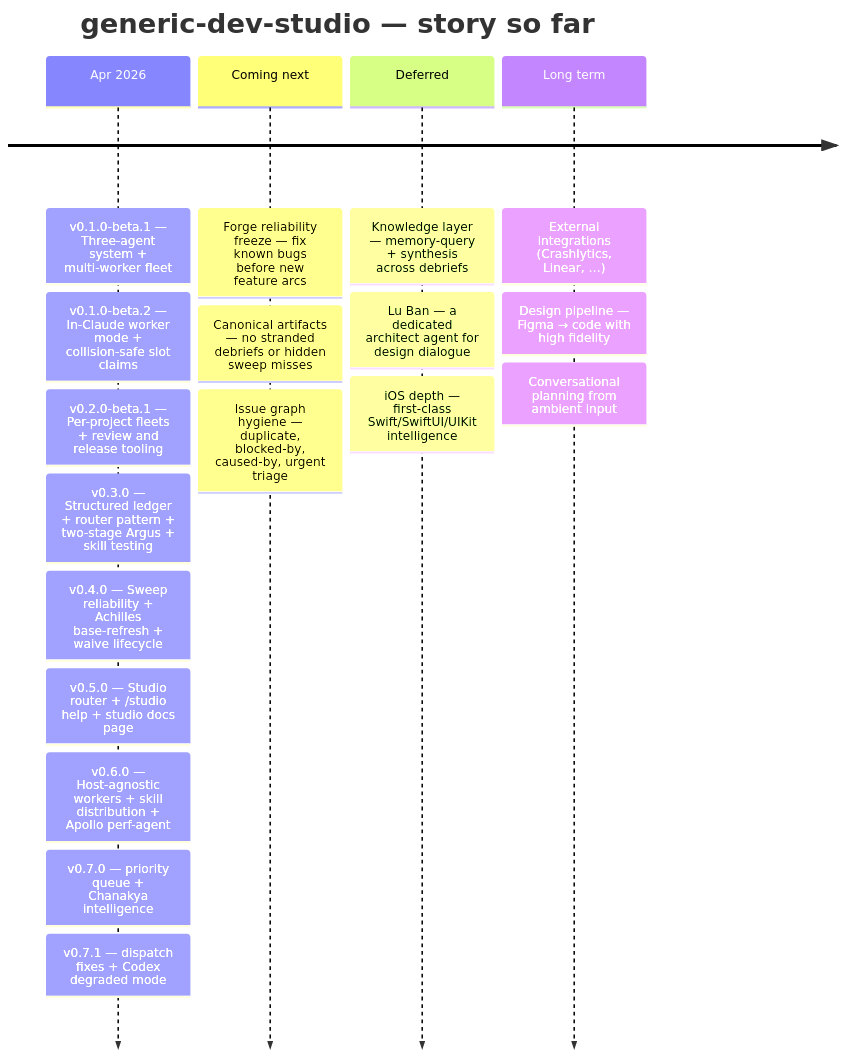
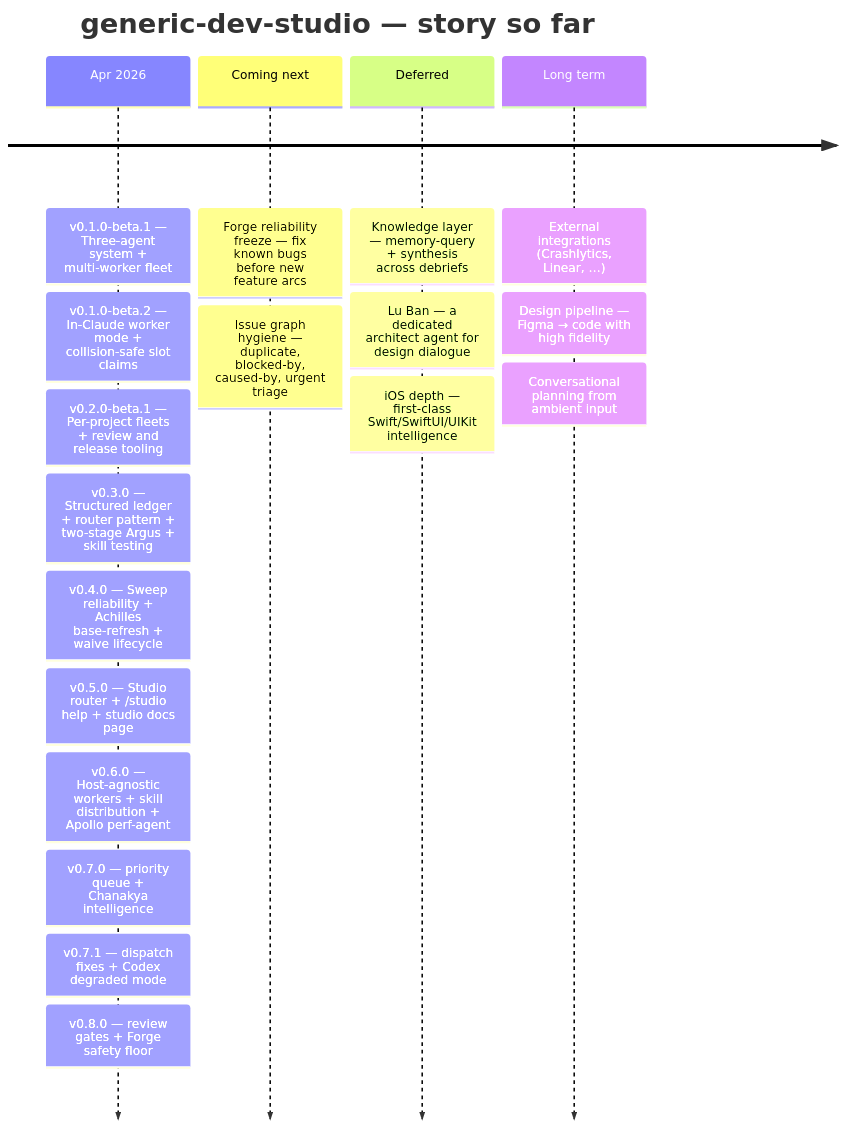
One commit to v-i-s-h-a-l/generic-dev-studio changed the diagram in README.md. Above: the diagram before and after it, drawn with Mermaid. The commit also changed other lines of this file and 2 other files, not shown here.

Commit message:
README: v0.8.0 timeline + Story so far update

````diff
--- a/README.md
+++ b/README.md
@@ -13,22 +13,22 @@
 ```mermaid
 timeline
     title generic-dev-studio — story so far
     Apr 2026 : v0.1.0-beta.1 — Three-agent system + multi-worker fleet
              : v0.1.0-beta.2 — In-Claude worker mode + collision-safe slot claims
              : v0.2.0-beta.1 — Per-project fleets + review and release tooling
              : v0.3.0 — Structured ledger + router pattern + two-stage Argus + skill testing
              : v0.4.0 — Sweep reliability + Achilles base-refresh + waive lifecycle
              : v0.5.0 — Studio router + /studio help + studio docs page
              : v0.6.0 — Host-agnostic workers + skill distribution + Apollo perf-agent
              : v0.7.0 — priority queue + Chanakya intelligence
              : v0.7.1 — dispatch fixes + Codex degraded mode
+             : v0.8.0 — review gates + Forge safety floor
     Coming next : Forge reliability freeze — fix known bugs before new feature arcs
-                : Canonical artifacts — no stranded debriefs or hidden sweep misses
                 : Issue graph hygiene — duplicate, blocked-by, caused-by, urgent triage
     Deferred : Knowledge layer — memory-query + synthesis across debriefs
              : Lu Ban — a dedicated architect agent for design dialogue
              : iOS depth — first-class Swift/SwiftUI/UIKit intelligence
     Long term : External integrations (Crashlytics, Linear, …)
               : Design pipeline — Figma → code with high fidelity
               : Conversational planning from ambient input
 ```
````
